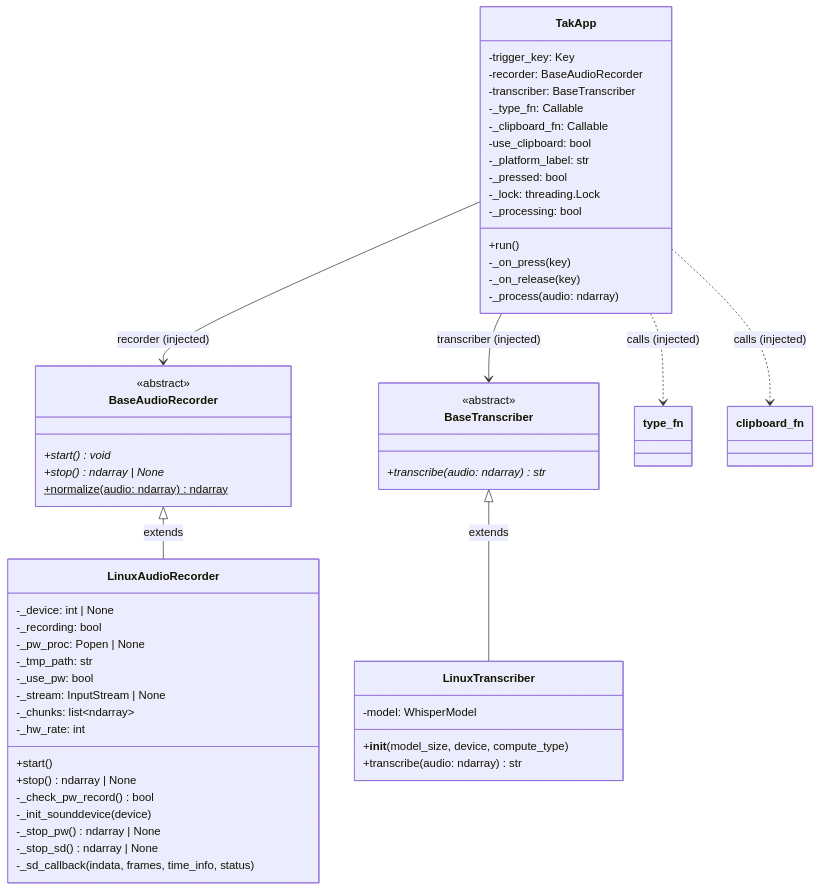
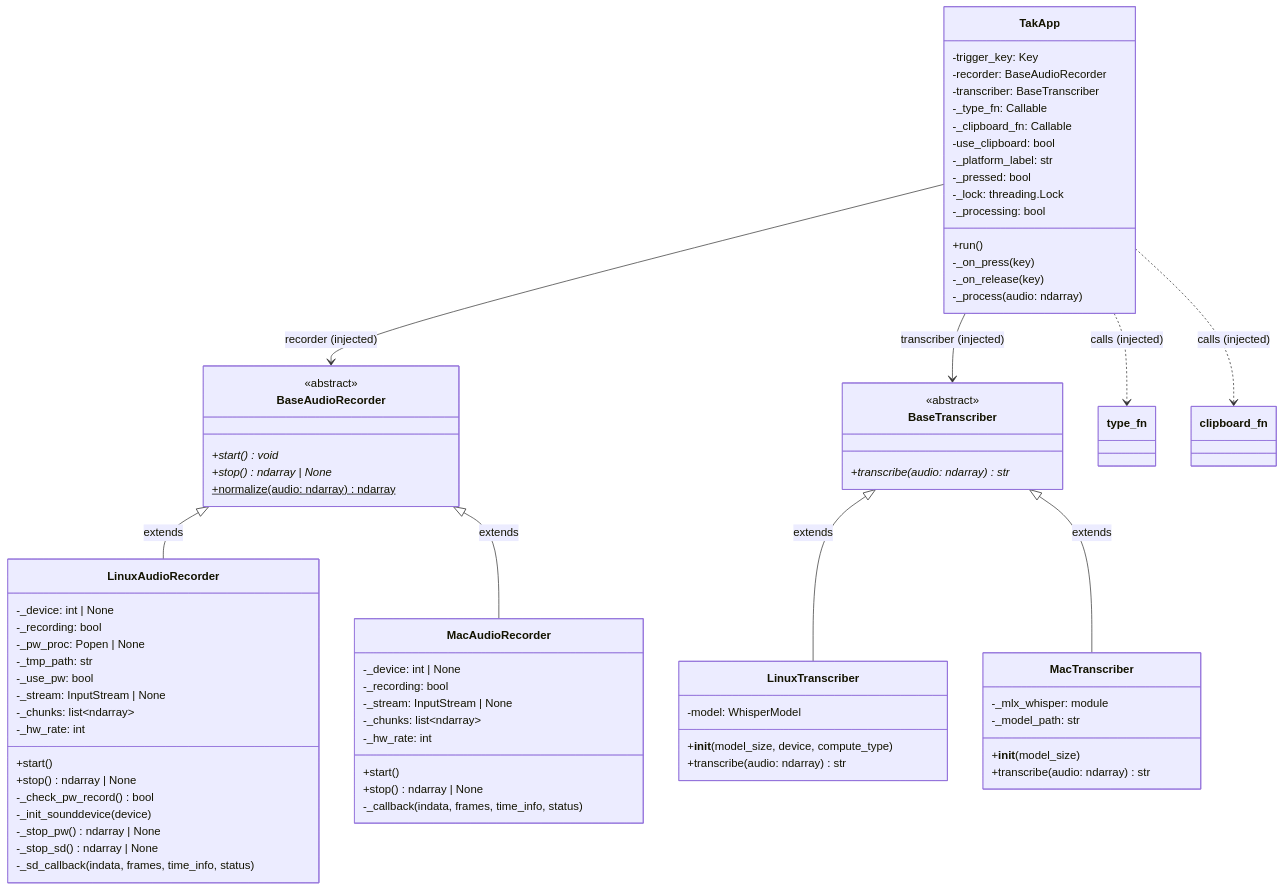
Before and after one commit to lchonkan/tak: the fourth of 9 diagrams in docs/architecture.md, drawn with Mermaid. The commit also changed other lines of this file and 9 other files, not shown here.

````diff
--- a/docs/architecture.md
+++ b/docs/architecture.md
@@ -157,62 +218,82 @@
 ```mermaid
 classDiagram
     class TakApp {
         -trigger_key: Key
         -recorder: BaseAudioRecorder
         -transcriber: BaseTranscriber
         -_type_fn: Callable
         -_clipboard_fn: Callable
         -use_clipboard: bool
         -_platform_label: str
         -_pressed: bool
         -_lock: threading.Lock
         -_processing: bool
         +run()
         -_on_press(key)
         -_on_release(key)
         -_process(audio: ndarray)
     }
 
     class BaseAudioRecorder {
         <<abstract>>
         +start()* void
         +stop()* ndarray | None
         +normalize(audio: ndarray)$ ndarray
     }
 
     class BaseTranscriber {
         <<abstract>>
         +transcribe(audio: ndarray)* str
     }
 
     class LinuxAudioRecorder {
         -_device: int | None
         -_recording: bool
         -_pw_proc: Popen | None
         -_tmp_path: str
         -_use_pw: bool
         -_stream: InputStream | None
         -_chunks: list~ndarray~
         -_hw_rate: int
         +start()
         +stop() ndarray | None
         -_check_pw_record() bool
         -_init_sounddevice(device)
         -_stop_pw() ndarray | None
         -_stop_sd() ndarray | None
         -_sd_callback(indata, frames, time_info, status)
     }
 
     class LinuxTranscriber {
         -model: WhisperModel
         +__init__(model_size, device, compute_type)
         +transcribe(audio: ndarray) str
     }
 
+    class MacAudioRecorder {
+        -_device: int | None
+        -_recording: bool
+        -_stream: InputStream | None
+        -_chunks: list~ndarray~
+        -_hw_rate: int
+        +start()
+        +stop() ndarray | None
+        -_callback(indata, frames, time_info, status)
+    }
+
+    class MacTranscriber {
+        -_mlx_whisper: module
+        -_model_path: str
+        +__init__(model_size)
+        +transcribe(audio: ndarray) str
+    }
+
     BaseAudioRecorder <|-- LinuxAudioRecorder : extends
     BaseTranscriber <|-- LinuxTranscriber : extends
+    BaseAudioRecorder <|-- MacAudioRecorder : extends
+    BaseTranscriber <|-- MacTranscriber : extends
     TakApp --> BaseAudioRecorder : recorder (injected)
     TakApp --> BaseTranscriber : transcriber (injected)
     TakApp ..> type_fn : calls (injected)
     TakApp ..> clipboard_fn : calls (injected)
 ```
````
